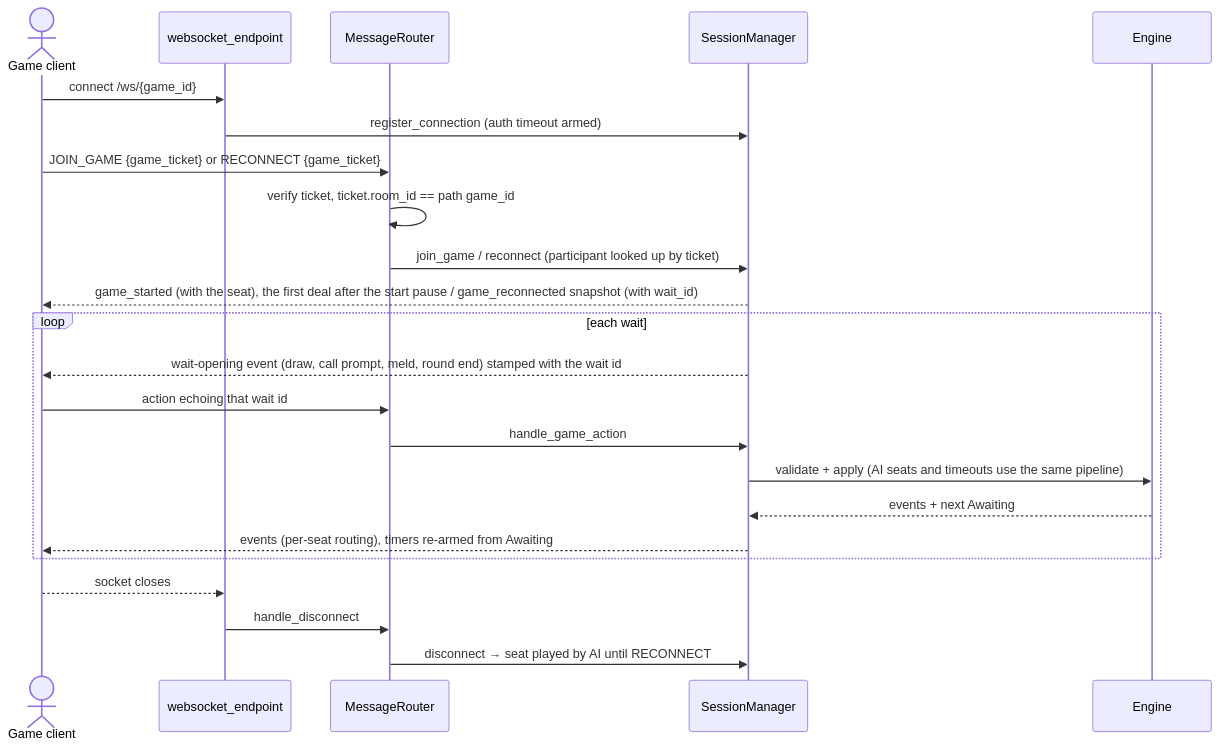
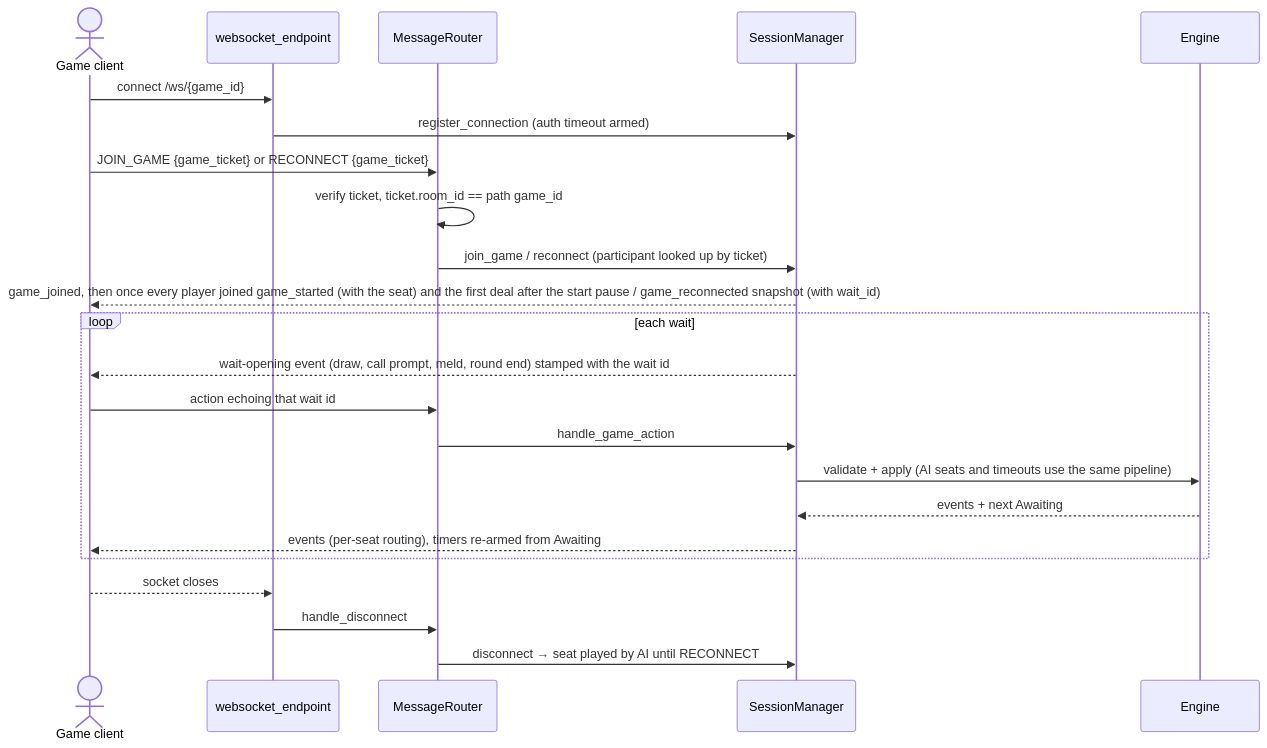
Before and after one commit to MahjongRepository/ronin: the eighth of 8 diagrams in docs/architecture.md, drawn with Mermaid. The commit also changed 90 other files, not shown here.

````diff
--- a/docs/architecture.md
+++ b/docs/architecture.md
@@ -322,26 +322,26 @@
 ```mermaid
 sequenceDiagram
     actor P as Game client
     participant WS as websocket_endpoint
     participant R as MessageRouter
     participant SM as SessionManager
     participant E as Engine
 
     P->>WS: connect /ws/{game_id}
     WS->>SM: register_connection (auth timeout armed)
     P->>R: JOIN_GAME {game_ticket}  or  RECONNECT {game_ticket}
     R->>R: verify ticket, ticket.room_id == path game_id
     R->>SM: join_game / reconnect (participant looked up by ticket)
-    SM-->>P: game_started (with the seat), the first deal after the start pause / game_reconnected snapshot (with wait_id)
+    SM-->>P: game_joined, then once every player joined game_started (with the seat) and the first deal after the start pause / game_reconnected snapshot (with wait_id)
     loop each wait
         SM-->>P: wait-opening event (draw, call prompt, meld, round end) stamped with the wait id
         P->>R: action echoing that wait id
         R->>SM: handle_game_action
         SM->>E: validate + apply (AI seats and timeouts use the same pipeline)
         E-->>SM: events + next Awaiting
         SM-->>P: events (per-seat routing), timers re-armed from Awaiting
     end
     P-->>WS: socket closes
     WS->>R: handle_disconnect
     R->>SM: disconnect → seat played by AI until RECONNECT
 ```
````
